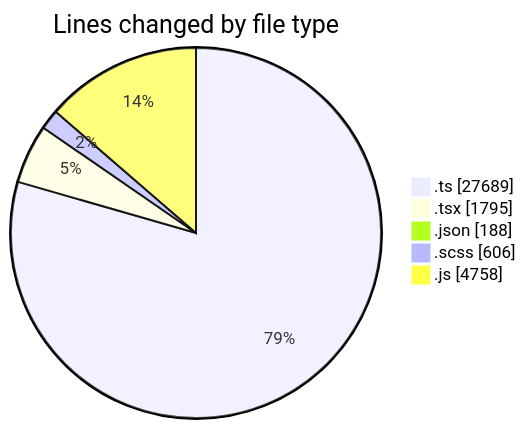
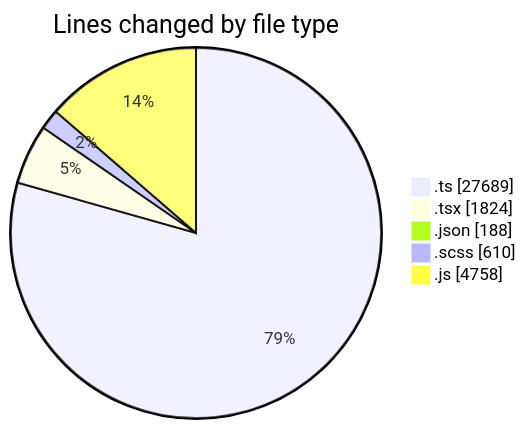
One commit to momahboobian/code-tracking changed the first of 2 diagrams in 2026-05-07/cda/README.md. Above: the diagram before and after it, drawn with Mermaid. The commit also changed other lines of this file and 1 other file, not shown here.

````diff
--- a/2026-05-07/cda/README.md
+++ b/2026-05-07/cda/README.md
@@ -46,9 +46,9 @@
 ```mermaid
 pie showData
 title Lines changed by file type
 ".ts" : 27689
-".tsx" : 1795
+".tsx" : 1824
 ".json" : 188
-".scss" : 606
+".scss" : 610
 ".js" : 4758
 ```
````
